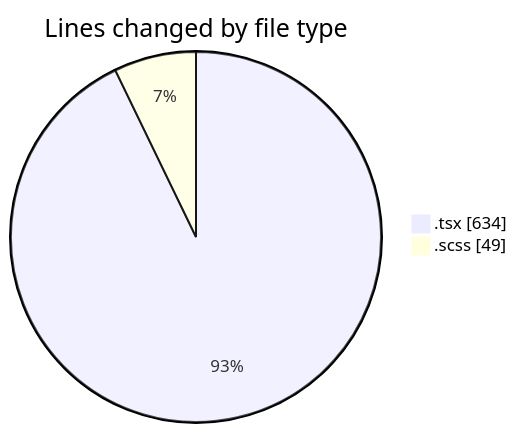
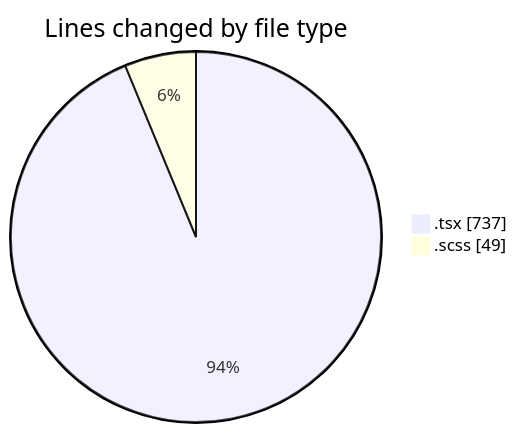
Before and after one commit to momahboobian/code-tracking: the first of 2 diagrams in 2026-09-04/cda/README.md, drawn with Mermaid. The commit also changed other lines of this file and 1 other file, not shown here.

````diff
--- a/2026-09-04/cda/README.md
+++ b/2026-09-04/cda/README.md
@@ -24,6 +25,6 @@
 ```mermaid
 pie showData
 title Lines changed by file type
-".tsx" : 634
+".tsx" : 737
 ".scss" : 49
 ```
````
